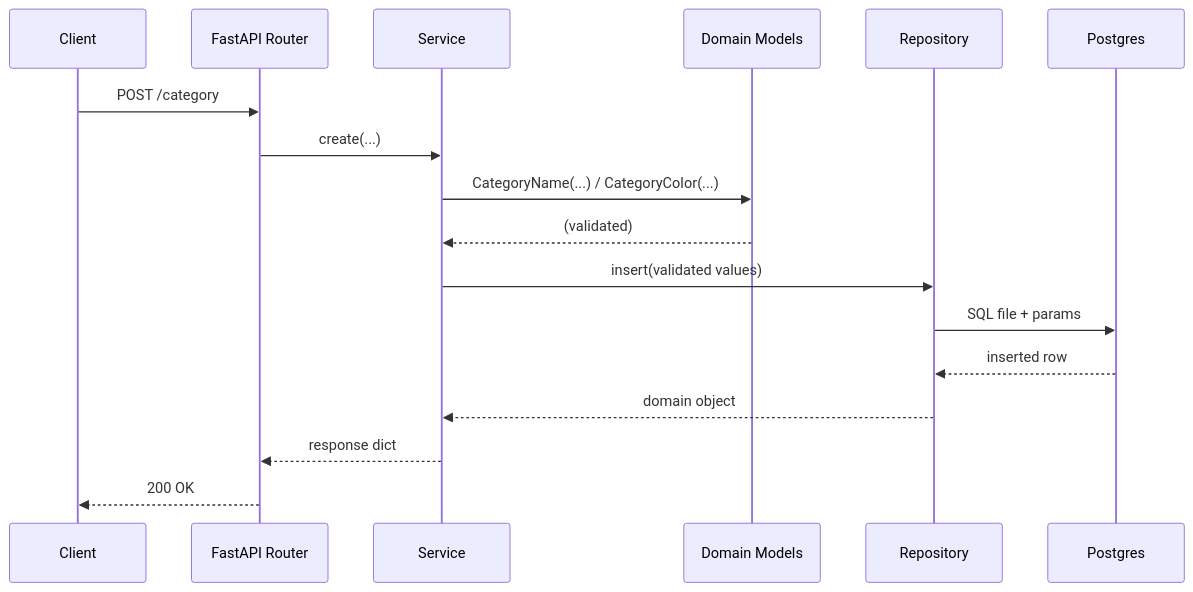
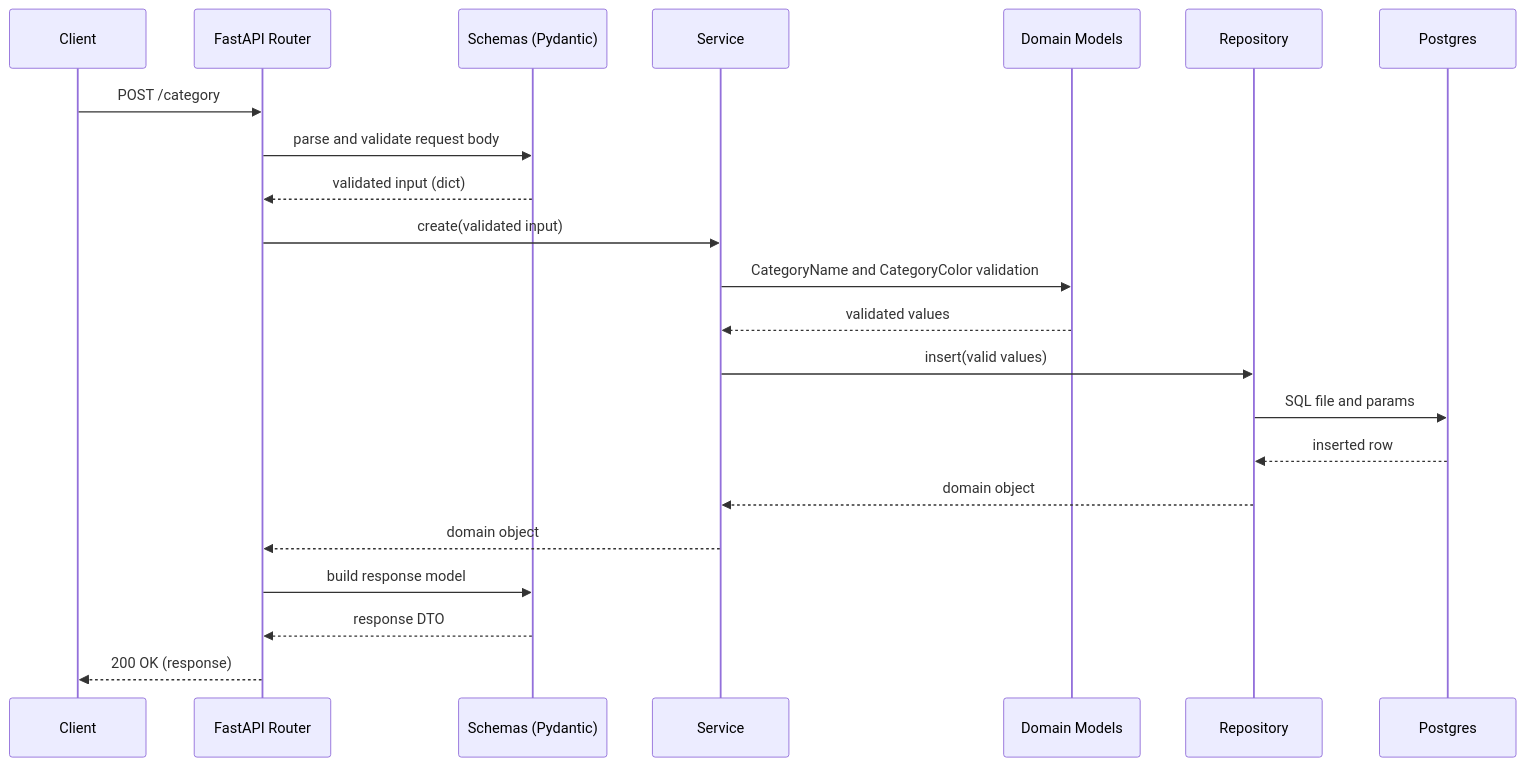
One commit to qdtsynagae/sample changed the second of 2 diagrams in docs/architecture.md. Above: the diagram before and after it, drawn with Mermaid.

````diff
--- a/docs/architecture.md
+++ b/docs/architecture.md
@@ -40,20 +40,28 @@
 ```mermaid
 sequenceDiagram
   participant C as Client
   participant API as FastAPI Router
+  participant SC as Schemas (Pydantic)
   participant SV as Service
   participant DM as Domain Models
   participant RP as Repository
   participant PG as Postgres
 
   C->>API: POST /category
-  API->>SV: create(...)
-  SV->>DM: CategoryName(...) / CategoryColor(...)
-  DM-->>SV: (validated)
-  SV->>RP: insert(validated values)
-  RP->>PG: SQL file + params
+  API->>SC: parse and validate request body
+  SC-->>API: validated input (dict)
+
+  API->>SV: create(validated input)
+  SV->>DM: CategoryName and CategoryColor validation
+  DM-->>SV: validated values
+
+  SV->>RP: insert(valid values)
+  RP->>PG: SQL file and params
   PG-->>RP: inserted row
   RP-->>SV: domain object
-  SV-->>API: response dict
-  API-->>C: 200 OK
+
+  SV-->>API: domain object
+  API->>SC: build response model
+  SC-->>API: response DTO
+  API-->>C: 200 OK (response)
 ```
````
